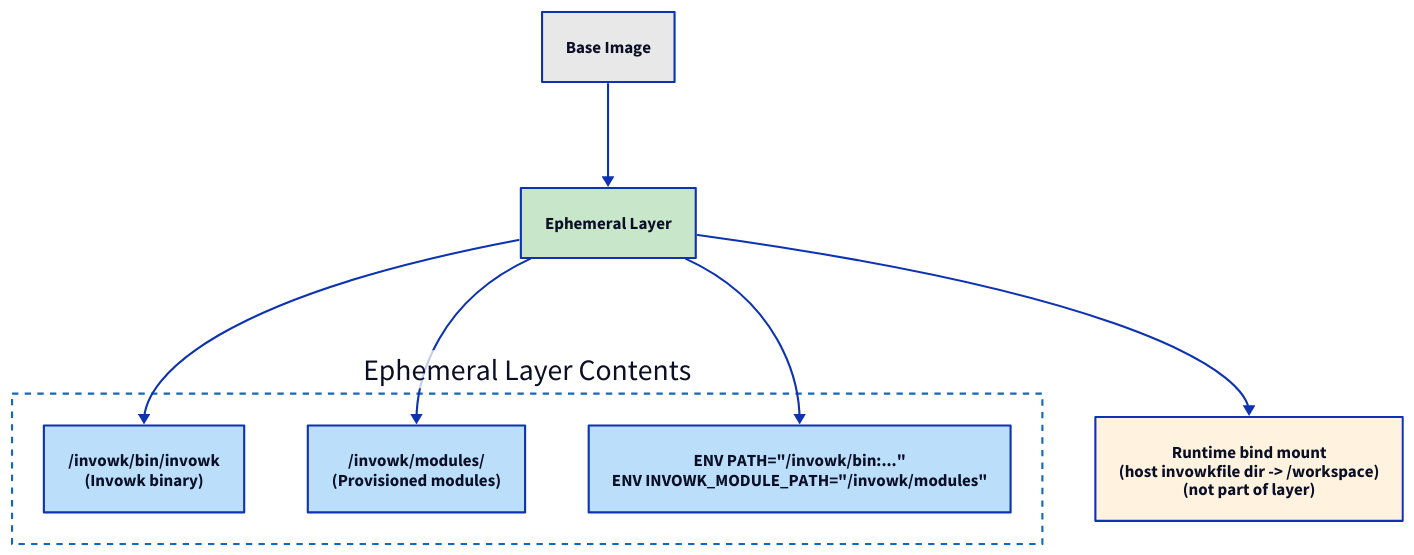
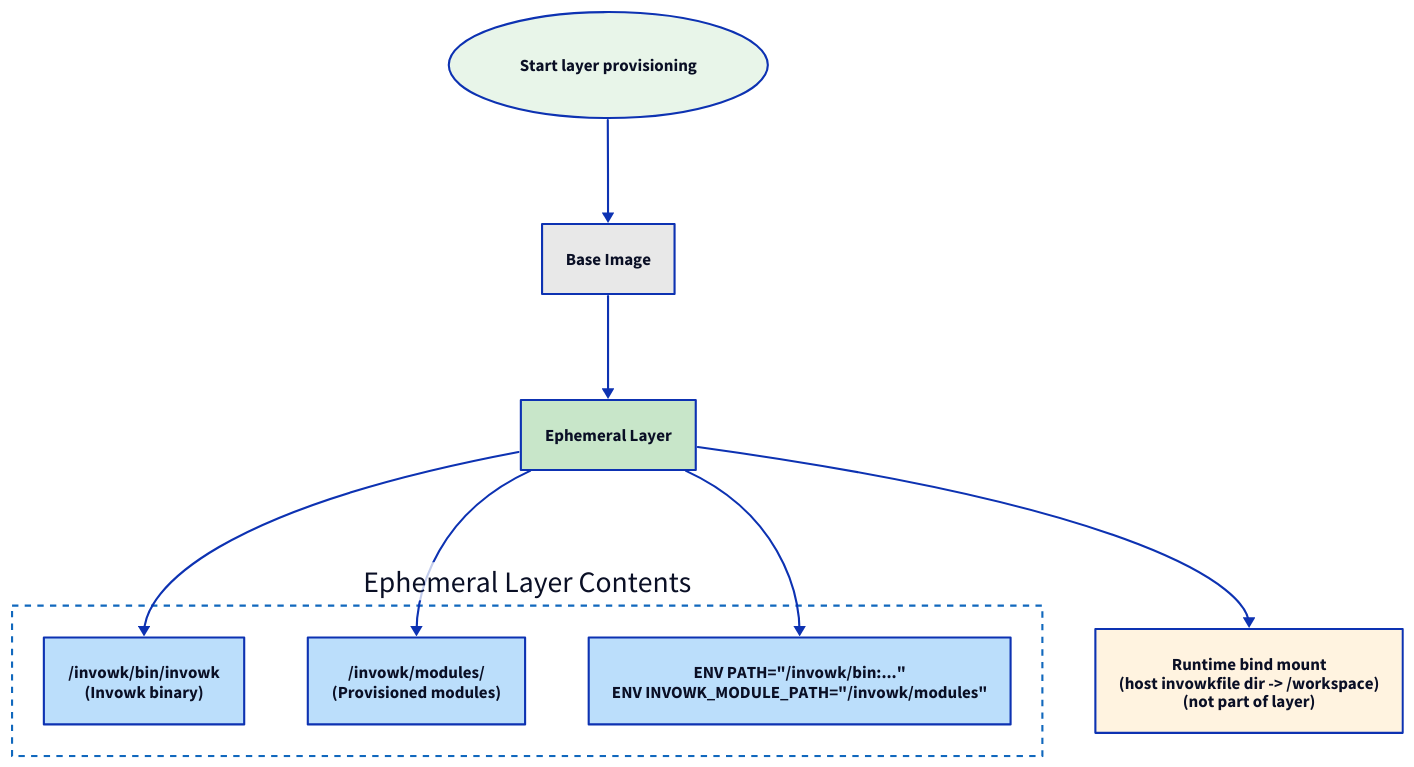
One commit to invowk/invowk changed the diagram in docs/diagrams/flowcharts/runtime-provision.d2. Above: the diagram before and after it, drawn with D2. The commit also changed 37 other files, not shown here. The source asks for the TALA layout; these drawings use dagre instead.

Commit message:
docs(diagrams): add readability guardrails and refresh d2 guidance (#63)

```diff
--- a/docs/diagrams/flowcharts/runtime-provision.d2
+++ b/docs/diagrams/flowcharts/runtime-provision.d2
@@ -1,60 +1,70 @@
 # Ephemeral Layer Contents Flowchart
 #
 # Shows what Invowk adds to the base container image
 # when provisioning for container runtime execution.
 #
 # Source: docs/architecture/flowchart-runtime-selection.md
 
 vars: {
   d2-config: {
     layout-engine: tala
   }
 }
 
 direction: down
+
+# ==============================================================================
+# Entry Point
+# ==============================================================================
+
+Start: Start layer provisioning {
+  shape: oval
+  style.fill: "#E8F5E9"
+}
 
 # ==============================================================================
 # Ephemeral Layer Contents
 # ==============================================================================
 
 layer_contents: Ephemeral Layer Contents {
   style: {
     stroke: "#1168BD"
     stroke-dash: 3
     fill: transparent
   }
 
   Binary: /invowk/bin/invowk\n(Invowk binary) {
     style.fill: "#BBDEFB"
   }
 
   Modules: /invowk/modules/\n(Provisioned modules) {
     style.fill: "#BBDEFB"
   }
 
   EnvVars: ENV PATH="/invowk/bin:..."\nENV INVOWK_MODULE_PATH="/invowk/modules" {
     style.fill: "#BBDEFB"
   }
 }
 
 # ==============================================================================
 # Build Flow
 # ==============================================================================
 
 Base: Base Image {
   style.fill: "#E8E8E8"
 }
 
 Layer: Ephemeral Layer {
   style.fill: "#C8E6C9"
 }
 
 RuntimeMount: Runtime bind mount\n(host invowkfile dir -> /workspace)\n(not part of layer) {
   style.fill: "#FFF3E0"
 }
 
 Base -> Layer
 Layer -> layer_contents.Binary
 Layer -> layer_contents.Modules
 Layer -> layer_contents.EnvVars
 Layer -> RuntimeMount
+Start -> Base
```
